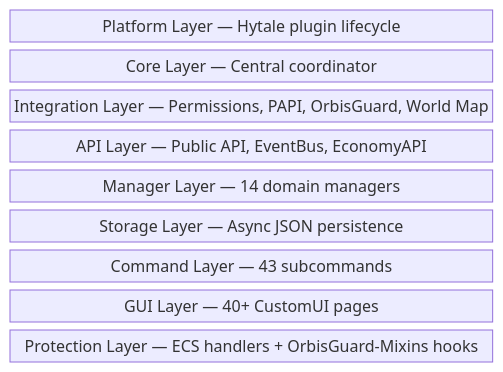
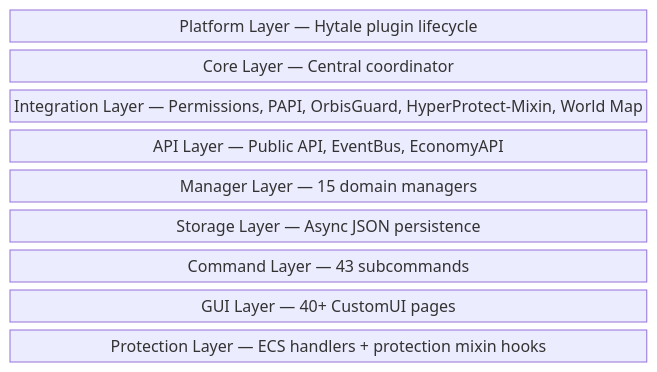
One commit to HyperSystems-Development/HyperFactions changed the diagram in docs/architecture.md. Above: the diagram before and after it, drawn with Mermaid. The commit also changed other lines of this file and 23 other files, not shown here.

````diff
--- a/docs/architecture.md
+++ b/docs/architecture.md
@@ -9,13 +9,13 @@
 ```mermaid
 block-beta
     columns 1
     A["Platform Layer — Hytale plugin lifecycle"]
     B["Core Layer — Central coordinator"]
-    C["Integration Layer — Permissions, PAPI, OrbisGuard, World Map"]
+    C["Integration Layer — Permissions, PAPI, OrbisGuard, HyperProtect-Mixin, World Map"]
     D["API Layer — Public API, EventBus, EconomyAPI"]
-    E["Manager Layer — 14 domain managers"]
+    E["Manager Layer — 15 domain managers"]
     F["Storage Layer — Async JSON persistence"]
     G["Command Layer — 43 subcommands"]
     H["GUI Layer — 40+ CustomUI pages"]
-    I["Protection Layer — ECS handlers + OrbisGuard-Mixins hooks"]
+    I["Protection Layer — ECS handlers + protection mixin hooks"]
 ```
````
